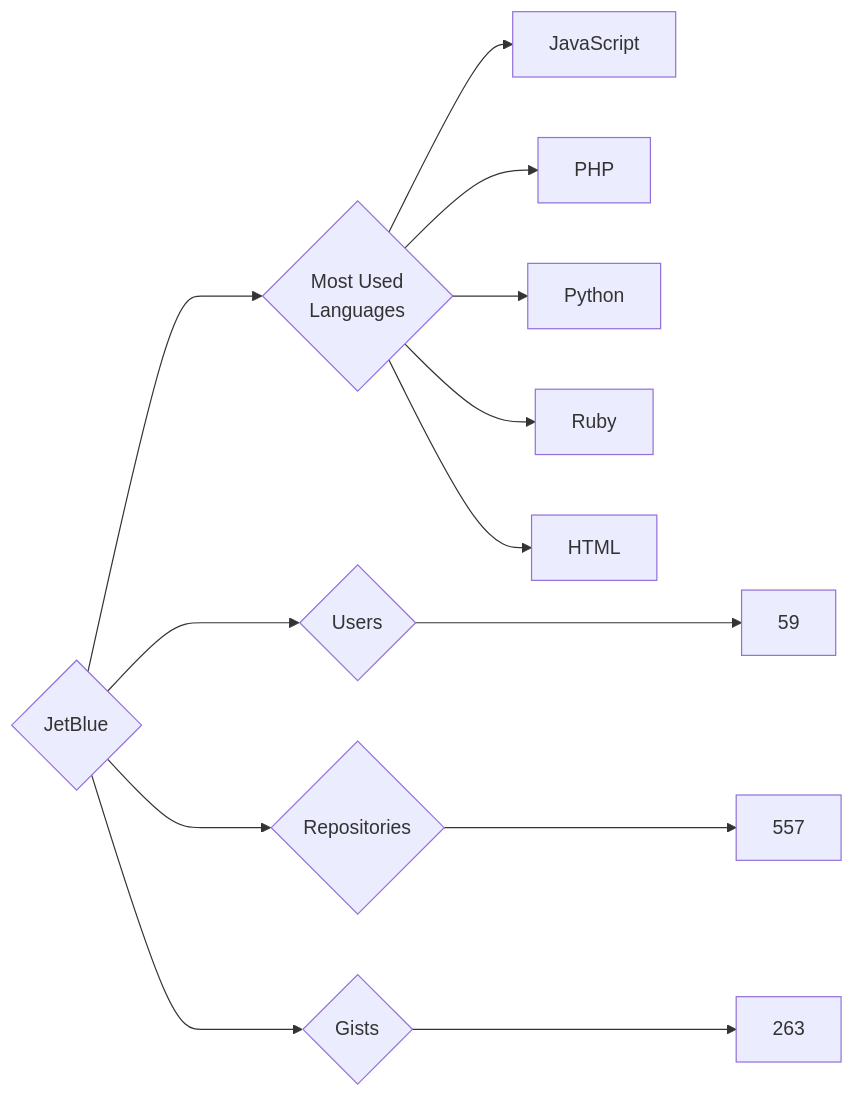
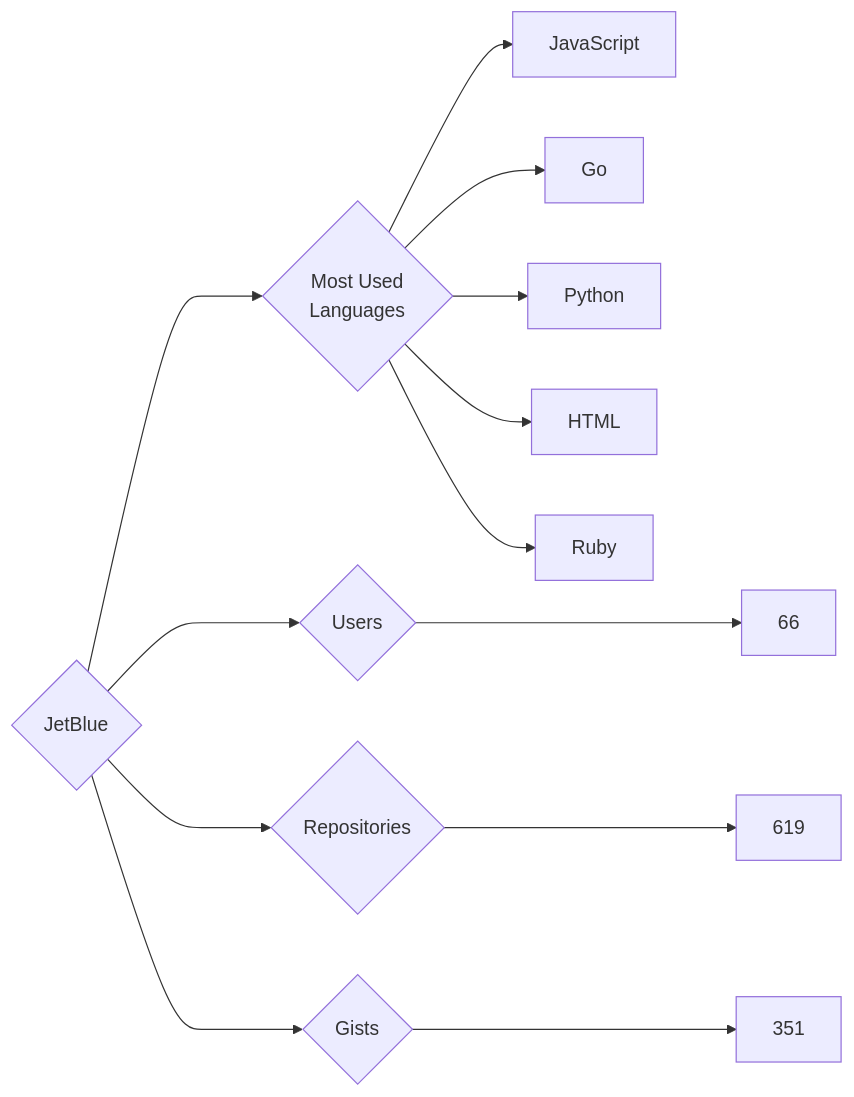
One commit to trickest/insiders changed the diagram in targets/JetBlue/README.md. Above: the diagram before and after it, drawn with Mermaid. The commit also changed 1389 other files, not shown here.

````diff
--- a/targets/JetBlue/README.md
+++ b/targets/JetBlue/README.md
@@ -3,13 +3,13 @@
 ```mermaid
 graph LR
 COMPANY_NAME{JetBlue}
-COMPANY_NAME ---> U{Users} ---> UN[59]
-COMPANY_NAME ---> R{Repositories} ---> RN[557]
-COMPANY_NAME ---> G{Gists} ---> GN[263]
+COMPANY_NAME ---> U{Users} ---> UN[66]
+COMPANY_NAME ---> R{Repositories} ---> RN[619]
+COMPANY_NAME ---> G{Gists} ---> GN[351]
 COMPANY_NAME ---> ML{Most Used<br>Languages}
 ML --> JavaScript[JavaScript]
-ML --> PHP[PHP]
+ML --> Go[Go]
 ML --> Python[Python]
+ML --> HTML[HTML]
 ML --> Ruby[Ruby]
-ML --> HTML[HTML]
 ```
````
